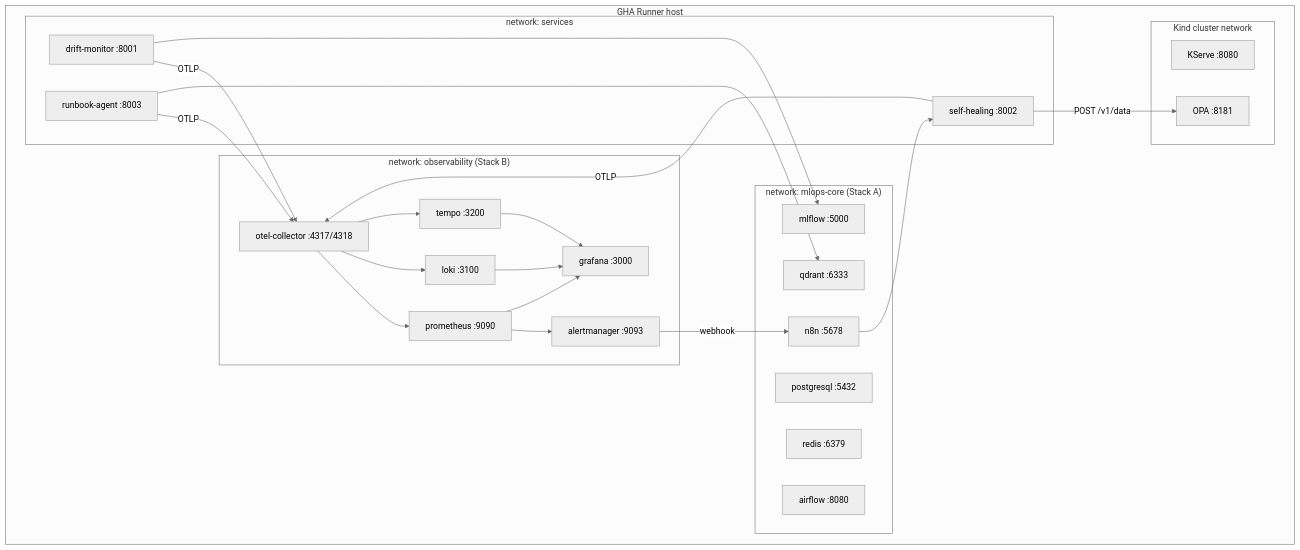
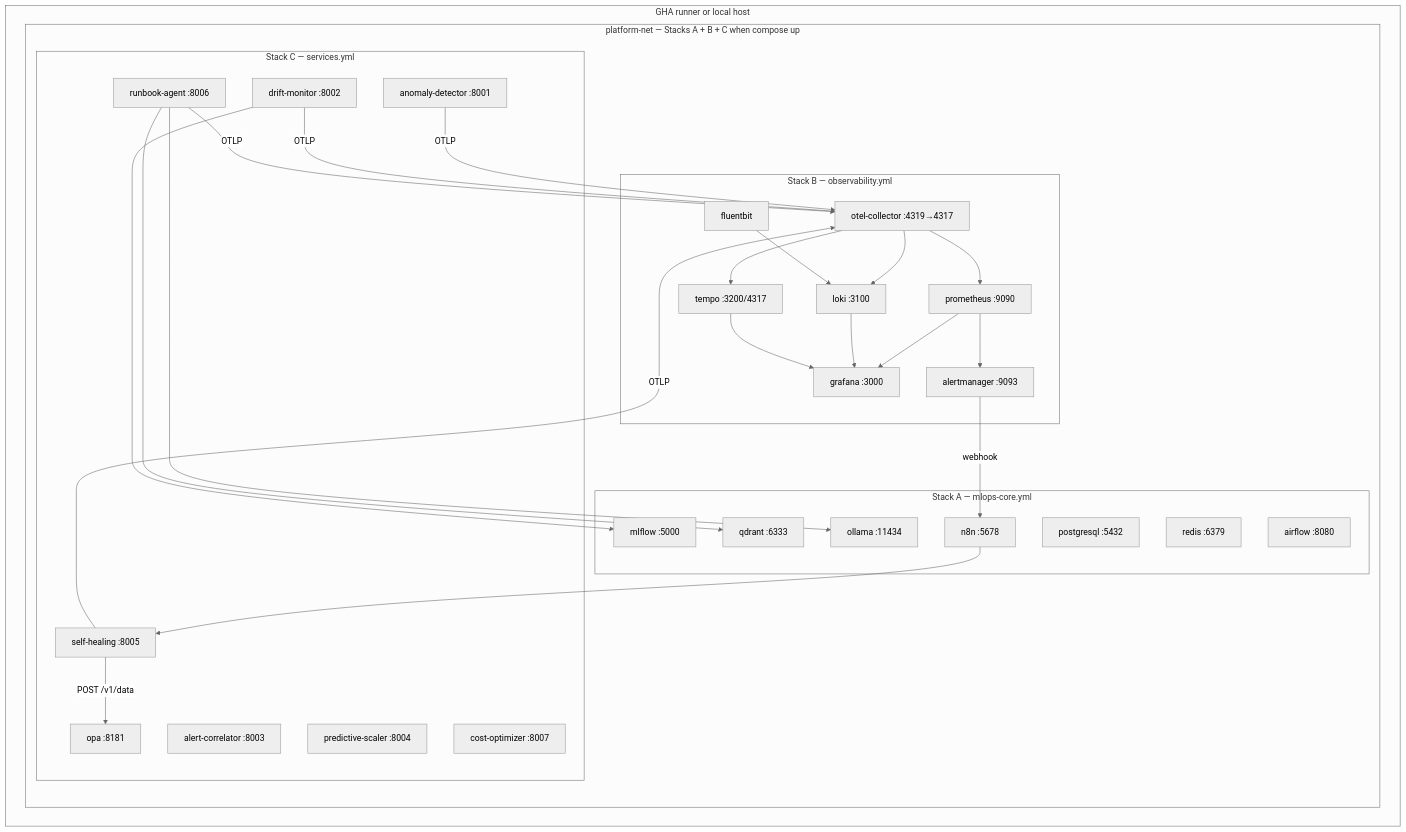
Diagram 31 of 55 in README.md (sanjeev0120test/observable-mlops-platform), drawn with Mermaid (neutral theme) before and after one commit. The commit also changed other lines of this file, not shown here.

First line of the commit message:
README audit: align docs with actual CI and compose layout

````diff
--- a/README.md
+++ b/README.md
@@ -2209,43 +2208,48 @@
 ```mermaid
 flowchart TB
-    subgraph Host["GHA Runner host"]
-        subgraph NetA["network: mlops-core (Stack A)"]
-            PG["postgresql :5432"]
-            RD["redis :6379"]
-            MLF["mlflow :5000"]
-            AF["airflow :8080"]
-            QD["qdrant :6333"]
-            N8["n8n :5678"]
-        end
+    subgraph Host["GHA runner or local host"]
+        subgraph Net["platform-net — Stacks A + B + C when compose up"]
+            subgraph StackA["Stack A — mlops-core.yml"]
+                PG["postgresql :5432"]
+                RD["redis :6379"]
+                MLF["mlflow :5000"]
+                AF["airflow :8080"]
+                QD["qdrant :6333"]
+                N8["n8n :5678"]
+                OL["ollama :11434"]
+            end
 
-        subgraph NetB["network: observability (Stack B)"]
-            PR["prometheus :9090"]
-            GF["grafana :3000"]
-            LO["loki :3100"]
-            TE["tempo :3200"]
-            OC["otel-collector :4317/4318"]
-            AL["alertmanager :9093"]
-        end
+            subgraph StackB["Stack B — observability.yml"]
+                PR["prometheus :9090"]
+                GF["grafana :3000"]
+                LO["loki :3100"]
+                TE["tempo :3200/4317"]
+                OC["otel-collector :4319→4317"]
+                AL["alertmanager :9093"]
+                FB["fluentbit"]
+            end
 
-        subgraph NetS["network: services"]
-            DM["drift-monitor :8001"]
-            SH["self-healing :8002"]
-            RA["runbook-agent :8003"]
-        end
-
-        subgraph KindNet["Kind cluster network"]
-            KS["KServe :8080"]
-            OP["OPA :8181"]
+            subgraph StackC["Stack C — services.yml"]
+                AD["anomaly-detector :8001"]
+                DM["drift-monitor :8002"]
+                AC["alert-correlator :8003"]
+                PS["predictive-scaler :8004"]
+                SH["self-healing :8005"]
+                RA["runbook-agent :8006"]
+                CO["cost-optimizer :8007"]
+                OP["opa :8181"]
+            end
         end
     end
 
-    DM & SH & RA -->|"OTLP"| OC
+    AD & DM & SH & RA -->|"OTLP"| OC
     OC --> PR & LO & TE
     PR --> AL
     PR & LO & TE --> GF
     SH -->|"POST /v1/data"| OP
     DM --> MLF
-    RA --> QD
+    RA --> QD & OL
     AL -->|"webhook"| N8
     N8 --> SH
+    FB --> LO
 ```
````
